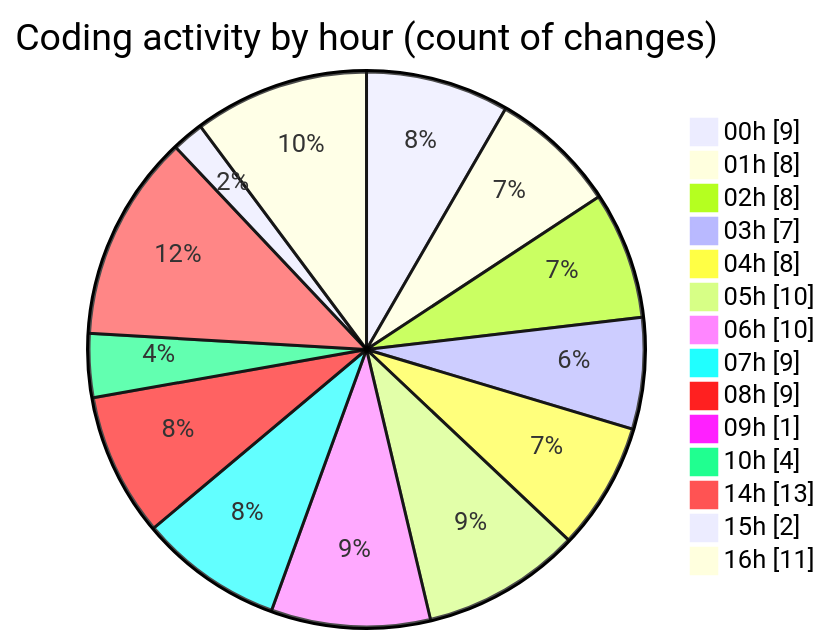
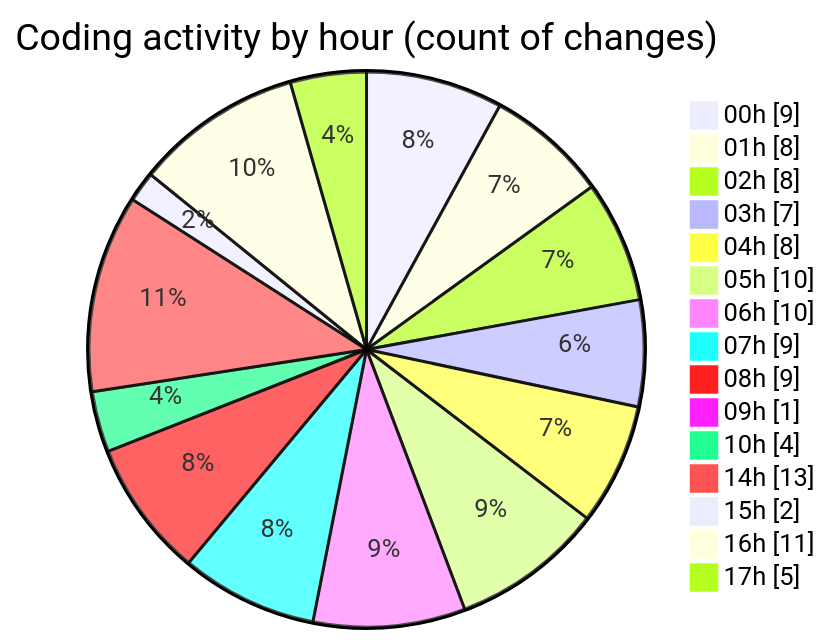
Before and after one commit to jrari/code-tracking: the second of 2 diagrams in 2025-07-14/telebot/README.md, drawn with Mermaid. The commit also changed other lines of this file and 1 other file, not shown here.

````diff
--- a/2025-07-14/telebot/README.md
+++ b/2025-07-14/telebot/README.md
@@ -69,18 +71,19 @@
 ```mermaid
 pie showData
 title Coding activity by hour (count of changes)
 "00h" : 9
 "01h" : 8
 "02h" : 8
 "03h" : 7
 "04h" : 8
 "05h" : 10
 "06h" : 10
 "07h" : 9
 "08h" : 9
 "09h" : 1
 "10h" : 4
 "14h" : 13
 "15h" : 2
 "16h" : 11
+"17h" : 5
 ```
````
